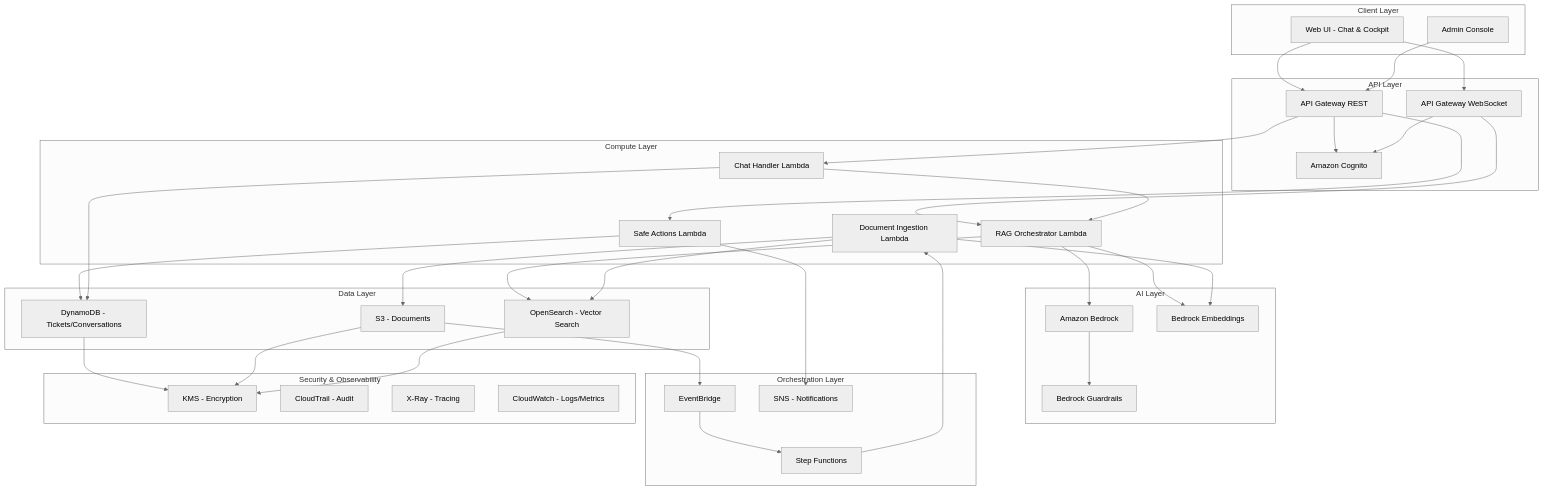
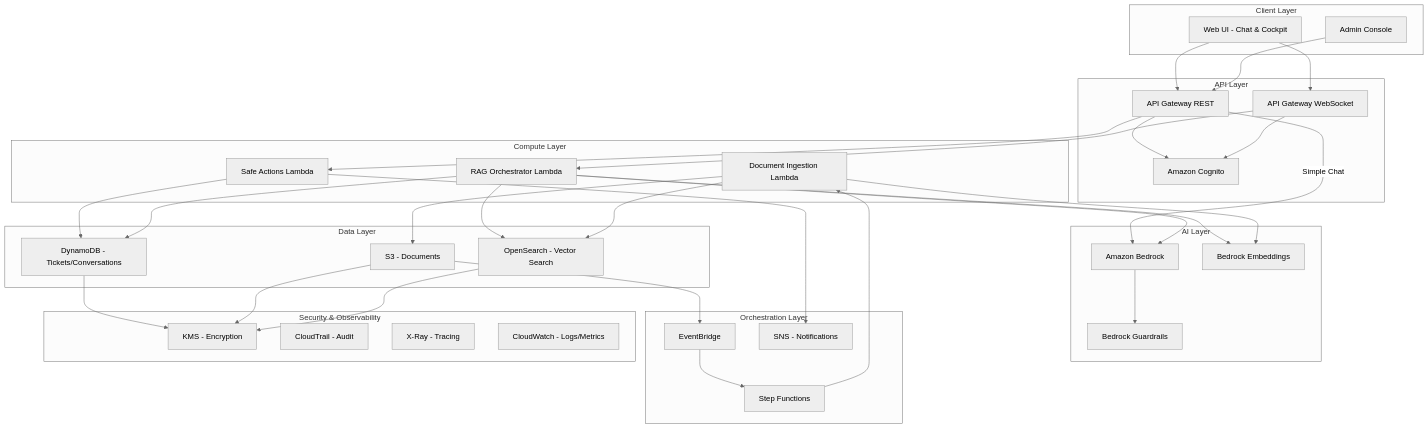
Before and after one commit to rsmets/awsome-builder: the first of 2 diagrams in .kiro/specs/flowops-infrastructure/design.md, drawn with Mermaid (neutral theme). The commit also changed other lines of this file, not shown here.

````diff
--- a/.kiro/specs/flowops-infrastructure/design.md
+++ b/.kiro/specs/flowops-infrastructure/design.md
@@ -11,71 +11,69 @@
 ```mermaid
 graph TB
     subgraph "Client Layer"
         WebUI[Web UI - Chat & Cockpit]
         AdminUI[Admin Console]
     end
 
     subgraph "API Layer"
         APIGW[API Gateway REST]
         WSAPI[API Gateway WebSocket]
         Cognito[Amazon Cognito]
     end
 
     subgraph "Compute Layer"
-        ChatLambda[Chat Handler Lambda]
         RAGLambda[RAG Orchestrator Lambda]
         ActionLambda[Safe Actions Lambda]
         IngestionLambda[Document Ingestion Lambda]
     end
 
     subgraph "AI Layer"
         Bedrock[Amazon Bedrock]
         BedrockEmbed[Bedrock Embeddings]
         BedrockGuard[Bedrock Guardrails]
     end
 
     subgraph "Data Layer"
         S3Docs[S3 - Documents]
         DynamoDB[DynamoDB - Tickets/Conversations]
         OpenSearch[OpenSearch - Vector Search]
     end
 
     subgraph "Orchestration Layer"
         StepFn[Step Functions]
         EventBridge[EventBridge]
         SNS[SNS - Notifications]
     end
 
     subgraph "Security & Observability"
         KMS[KMS - Encryption]
         CloudTrail[CloudTrail - Audit]
         XRay[X-Ray - Tracing]
         CloudWatch[CloudWatch - Logs/Metrics]
     end
 
     WebUI --> APIGW
     WebUI --> WSAPI
     AdminUI --> APIGW
     APIGW --> Cognito
     WSAPI --> Cognito
-    APIGW --> ChatLambda
+    APIGW -->|Simple Chat| Bedrock
     APIGW --> ActionLambda
     WSAPI --> RAGLambda
-    ChatLambda --> RAGLambda
     RAGLambda --> Bedrock
     RAGLambda --> OpenSearch
     RAGLambda --> BedrockEmbed
     Bedrock --> BedrockGuard
     ActionLambda --> DynamoDB
     ActionLambda --> SNS
     IngestionLambda --> S3Docs
     IngestionLambda --> BedrockEmbed
     IngestionLambda --> OpenSearch
     S3Docs --> EventBridge
     EventBridge --> StepFn
     StepFn --> IngestionLambda
-    ChatLambda --> DynamoDB
+    RAGLambda --> DynamoDB
     DynamoDB --> KMS
     S3Docs --> KMS
     OpenSearch --> KMS
 ```
````
